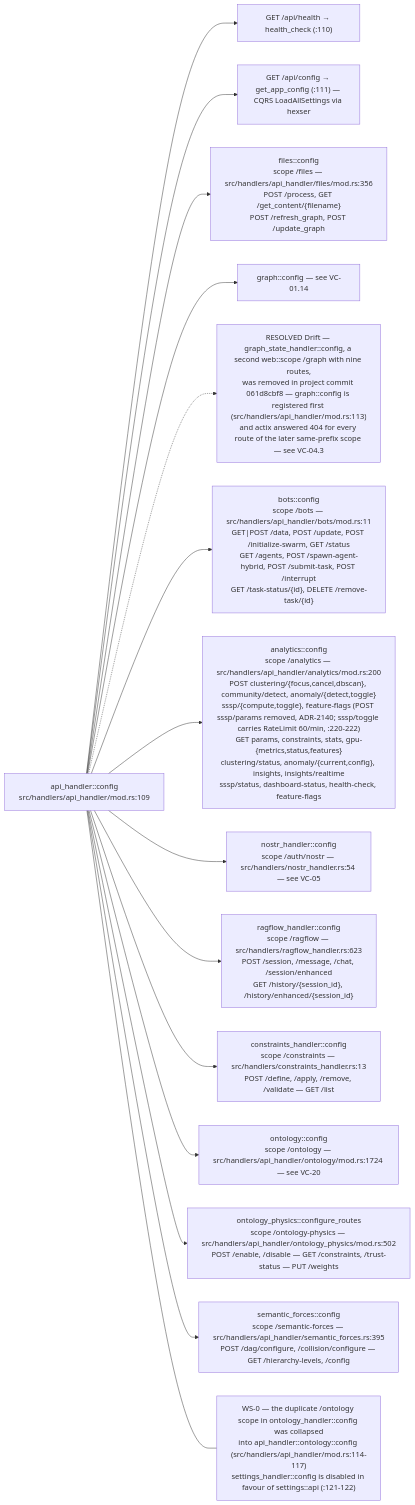
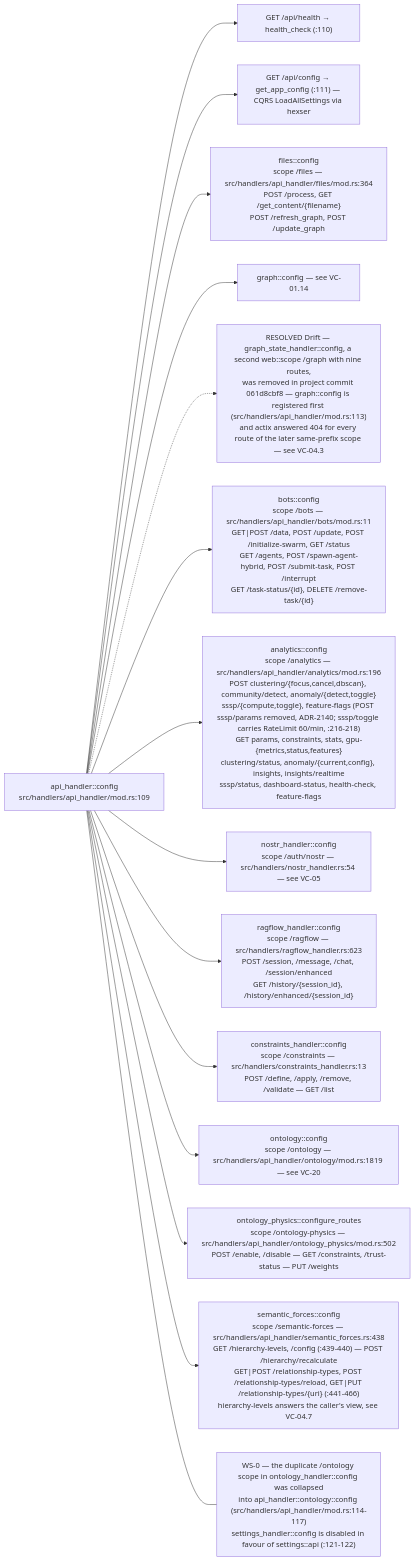
The ninth of 13 diagrams in docs/diagrams/visionclaw/01-boot-and-app-state.md (DreamLab-AI/VisionFlow), drawn with Mermaid before and after one commit. The commit also changed other lines of this file and 46 other files, not shown here.

Commit message:
docs(diagrams): re-verify VisionClaw topics at 809a859aa/a950f4d80 after the consolidation pass

````diff
--- a/docs/diagrams/visionclaw/01-boot-and-app-state.md
+++ b/docs/diagrams/visionclaw/01-boot-and-app-state.md
@@ -421,19 +420,19 @@
 ```mermaid
 flowchart LR
     C["api_handler::config<br/>src/handlers/api_handler/mod.rs:109"]
     C --> A1["GET /api/health → health_check (:110)"]
     C --> A2["GET /api/config → get_app_config (:111) — CQRS LoadAllSettings via hexser"]
-    C --> F["files::config<br/>scope /files — src/handlers/api_handler/files/mod.rs:356<br/>POST /process, GET /get_content/{filename}<br/>POST /refresh_graph, POST /update_graph"]
+    C --> F["files::config<br/>scope /files — src/handlers/api_handler/files/mod.rs:364<br/>POST /process, GET /get_content/{filename}<br/>POST /refresh_graph, POST /update_graph"]
     C --> G["graph::config — see VC-01.14"]
     C -.-> GX["RESOLVED Drift — graph_state_handler::config, a second web::scope /graph with nine routes,<br/>was removed in project commit 061d8cbf8 — graph::config is registered first (src/handlers/api_handler/mod.rs:113)<br/>and actix answered 404 for every route of the later same-prefix scope — see VC-04.3"]
     C --> B["bots::config<br/>scope /bots — src/handlers/api_handler/bots/mod.rs:11<br/>GET|POST /data, POST /update, POST /initialize-swarm, GET /status<br/>GET /agents, POST /spawn-agent-hybrid, POST /submit-task, POST /interrupt<br/>GET /task-status/{id}, DELETE /remove-task/{id}"]
-    C --> AN["analytics::config<br/>scope /analytics — src/handlers/api_handler/analytics/mod.rs:200<br/>POST clustering/{focus,cancel,dbscan}, community/detect, anomaly/{detect,toggle}<br/>sssp/{compute,toggle}, feature-flags (POST sssp/params removed, ADR-2140; sssp/toggle carries RateLimit 60/min, :220-222)<br/>GET params, constraints, stats, gpu-{metrics,status,features}<br/>clustering/status, anomaly/{current,config}, insights, insights/realtime<br/>sssp/status, dashboard-status, health-check, feature-flags"]
+    C --> AN["analytics::config<br/>scope /analytics — src/handlers/api_handler/analytics/mod.rs:196<br/>POST clustering/{focus,cancel,dbscan}, community/detect, anomaly/{detect,toggle}<br/>sssp/{compute,toggle}, feature-flags (POST sssp/params removed, ADR-2140; sssp/toggle carries RateLimit 60/min, :216-218)<br/>GET params, constraints, stats, gpu-{metrics,status,features}<br/>clustering/status, anomaly/{current,config}, insights, insights/realtime<br/>sssp/status, dashboard-status, health-check, feature-flags"]
     C --> NO["nostr_handler::config<br/>scope /auth/nostr — src/handlers/nostr_handler.rs:54 — see VC-05"]
     C --> RF["ragflow_handler::config<br/>scope /ragflow — src/handlers/ragflow_handler.rs:623<br/>POST /session, /message, /chat, /session/enhanced<br/>GET /history/{session_id}, /history/enhanced/{session_id}"]
     C --> CO["constraints_handler::config<br/>scope /constraints — src/handlers/constraints_handler.rs:13<br/>POST /define, /apply, /remove, /validate — GET /list"]
-    C --> ON["ontology::config<br/>scope /ontology — src/handlers/api_handler/ontology/mod.rs:1724 — see VC-20"]
+    C --> ON["ontology::config<br/>scope /ontology — src/handlers/api_handler/ontology/mod.rs:1819 — see VC-20"]
     C --> OP["ontology_physics::configure_routes<br/>scope /ontology-physics — src/handlers/api_handler/ontology_physics/mod.rs:502<br/>POST /enable, /disable — GET /constraints, /trust-status — PUT /weights"]
-    C --> SF["semantic_forces::config<br/>scope /semantic-forces — src/handlers/api_handler/semantic_forces.rs:395<br/>POST /dag/configure, /collision/configure — GET /hierarchy-levels, /config"]
+    C --> SF["semantic_forces::config<br/>scope /semantic-forces — src/handlers/api_handler/semantic_forces.rs:438<br/>GET /hierarchy-levels, /config (:439-440) — POST /hierarchy/recalculate<br/>GET|POST /relationship-types, POST /relationship-types/reload, GET|PUT /relationship-types/{uri} (:441-466)<br/>hierarchy-levels answers the caller's view, see VC-04.7"]
     N["WS-0 — the duplicate /ontology scope in ontology_handler::config was collapsed<br/>into api_handler::ontology::config (src/handlers/api_handler/mod.rs:114-117)<br/>settings_handler::config is disabled in favour of settings::api (:121-122)"]
     C --- N
 ```
````
